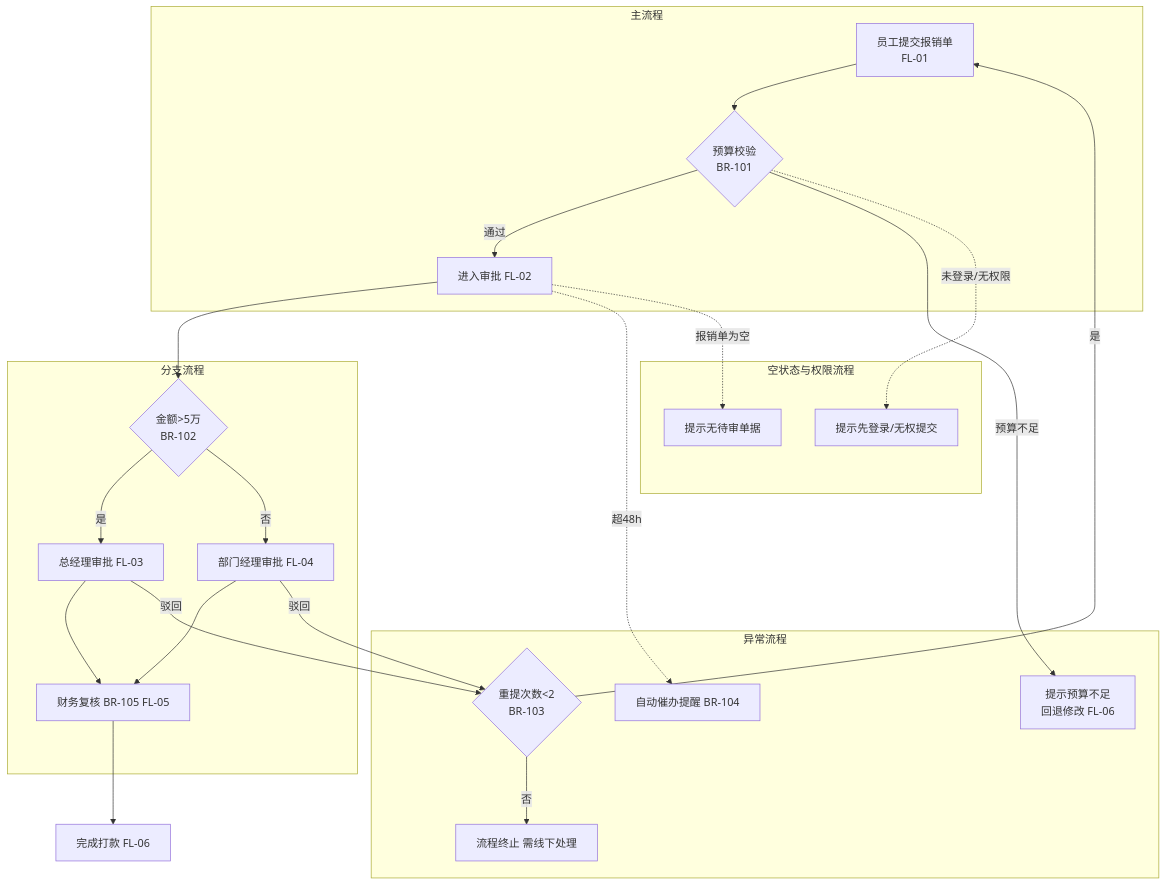
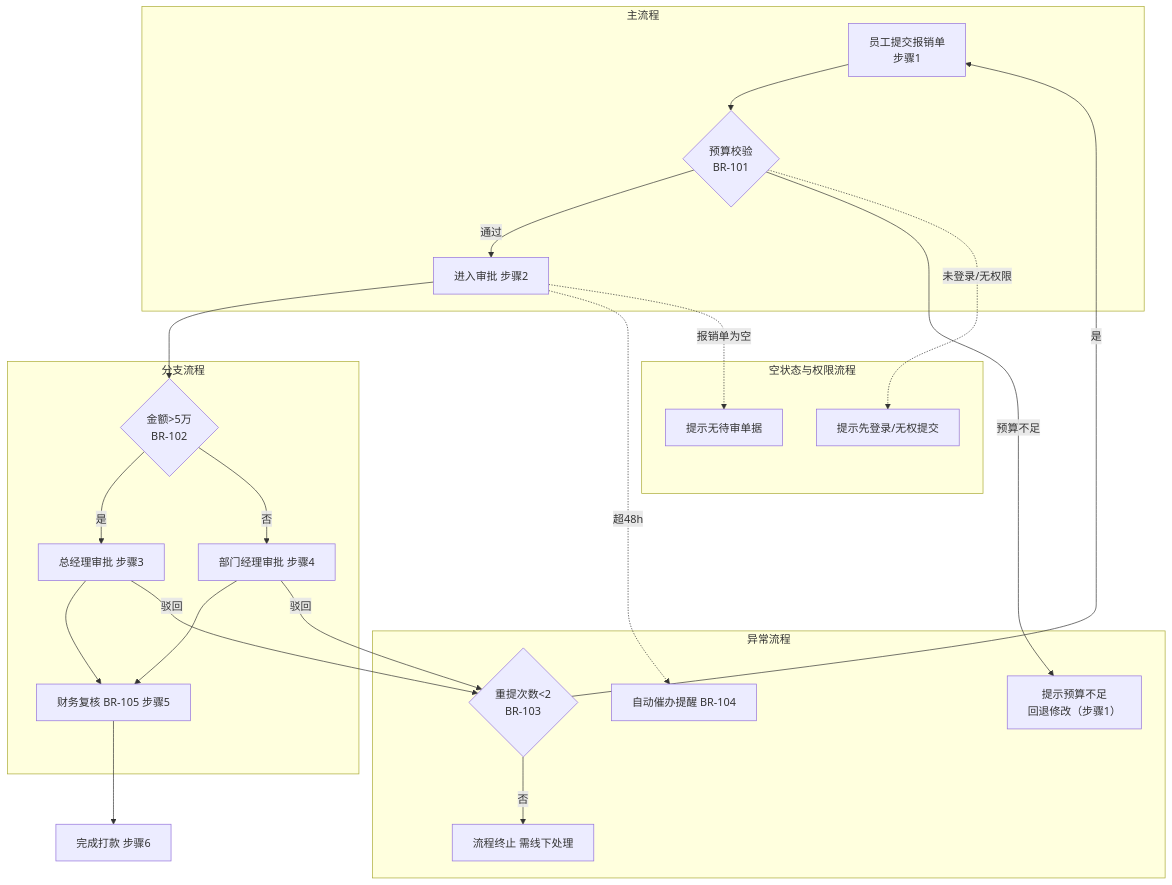
One commit to konwait12/pm-scaffold changed the second of 2 diagrams in src/stages/002-product-requirements/skills/functional-flow/references/flow-coverage-check.md. Above: the diagram before and after it, drawn with Mermaid. The commit also changed other lines of this file and 91 other files, not shown here.

````diff
--- a/src/stages/002-product-requirements/skills/functional-flow/references/flow-coverage-check.md
+++ b/src/stages/002-product-requirements/skills/functional-flow/references/flow-coverage-check.md
@@ -105,27 +105,27 @@
 ```mermaid
 graph TD
     subgraph 主流程
-        A[员工提交报销单<br/>FL-01] --> B{预算校验<br/>BR-101}
-        B -->|通过| C[进入审批 FL-02]
+        A[员工提交报销单<br/>步骤1] --> B{预算校验<br/>BR-101}
+        B -->|通过| C[进入审批 步骤2]
     end
     subgraph 分支流程
         C --> D{金额>5万<br/>BR-102}
-        D -->|是| E[总经理审批 FL-03]
-        D -->|否| F[部门经理审批 FL-04]
-        E --> G[财务复核 BR-105 FL-05]
+        D -->|是| E[总经理审批 步骤3]
+        D -->|否| F[部门经理审批 步骤4]
+        E --> G[财务复核 BR-105 步骤5]
         F --> G
     end
     subgraph 异常流程
-        B -->|预算不足| X1[提示预算不足<br/>回退修改 FL-06]
+        B -->|预算不足| X1[提示预算不足<br/>回退修改（步骤1）]
         E -->|驳回| X2{重提次数<2<br/>BR-103}
         F -->|驳回| X2
         X2 -->|是| A
         X2 -->|否| X3[流程终止 需线下处理]
         C -.超48h.-> X4[自动催办提醒 BR-104]
     end
     subgraph 空状态与权限流程
         B -.未登录/无权限.-> X5[提示先登录/无权提交]
         C -.报销单为空.-> X6[提示无待审单据]
     end
-    G --> Z[完成打款 FL-06]
+    G --> Z[完成打款 步骤6]
 ```
````
